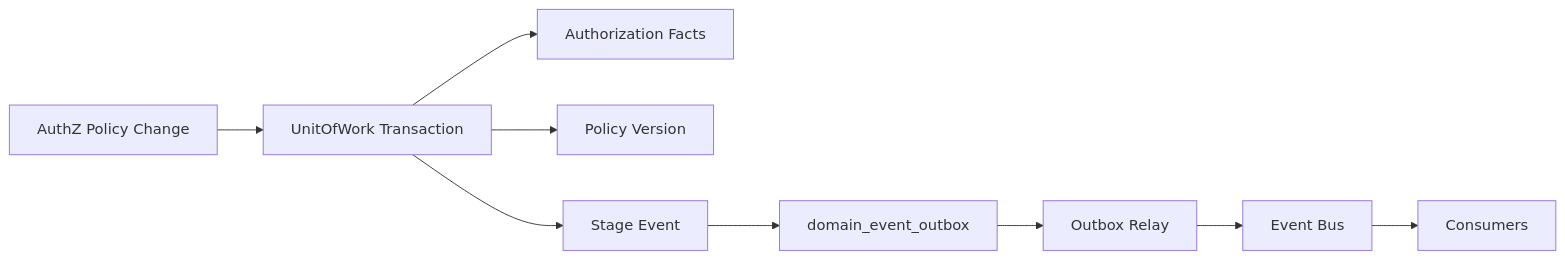
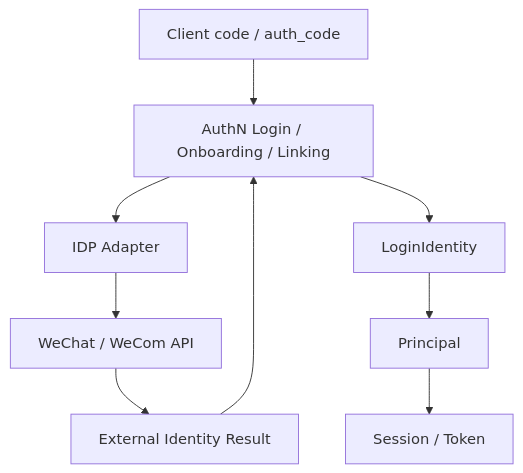
Before and after one commit to FangcunMount/iam: the ninth of 9 diagrams in docs/00-概览/01-系统架构总览.md, drawn with Mermaid. The commit also changed other lines of this file and 4 other files, not shown here.

````diff
--- a/docs/00-概览/01-系统架构总览.md
+++ b/docs/00-概览/01-系统架构总览.md
@@ -667,21 +638,14 @@
 ```mermaid
-flowchart LR
-    Change["AuthZ Policy Change"]
-    UOW["UnitOfWork Transaction"]
-    Facts["Authorization Facts"]
-    Version["Policy Version"]
-    Stage["Stage Event"]
-    Outbox["domain_event_outbox"]
-    Relay["Outbox Relay"]
-    Bus["Event Bus"]
-    Consumer["Consumers"]
+flowchart TD
+    Client["Client code / auth_code"]
+    AuthN["AuthN Login / Onboarding / Linking"]
+    IDP["IDP Adapter"]
+    ThirdParty["WeChat / WeCom API"]
+    External["External Identity Result"]
+    LoginIdentity["LoginIdentity"]
+    Principal["Principal"]
+    Token["Session / Token"]
 
-    Change --> UOW
-    UOW --> Facts
-    UOW --> Version
-    UOW --> Stage
-    Stage --> Outbox
-    Outbox --> Relay
-    Relay --> Bus
-    Bus --> Consumer
+    Client --> AuthN --> IDP --> ThirdParty --> External --> AuthN
+    AuthN --> LoginIdentity --> Principal --> Token
 ```
````
